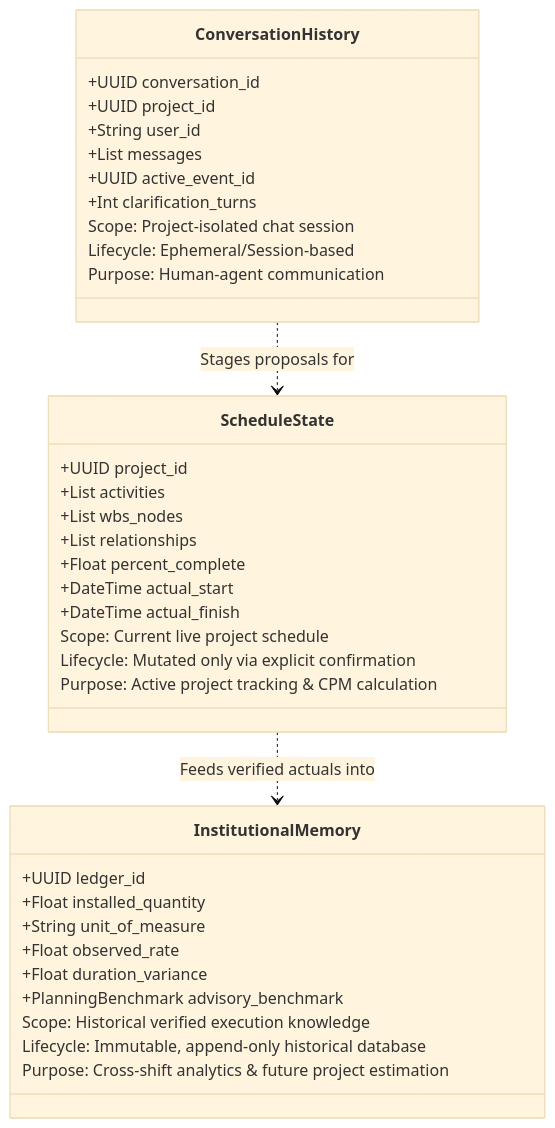
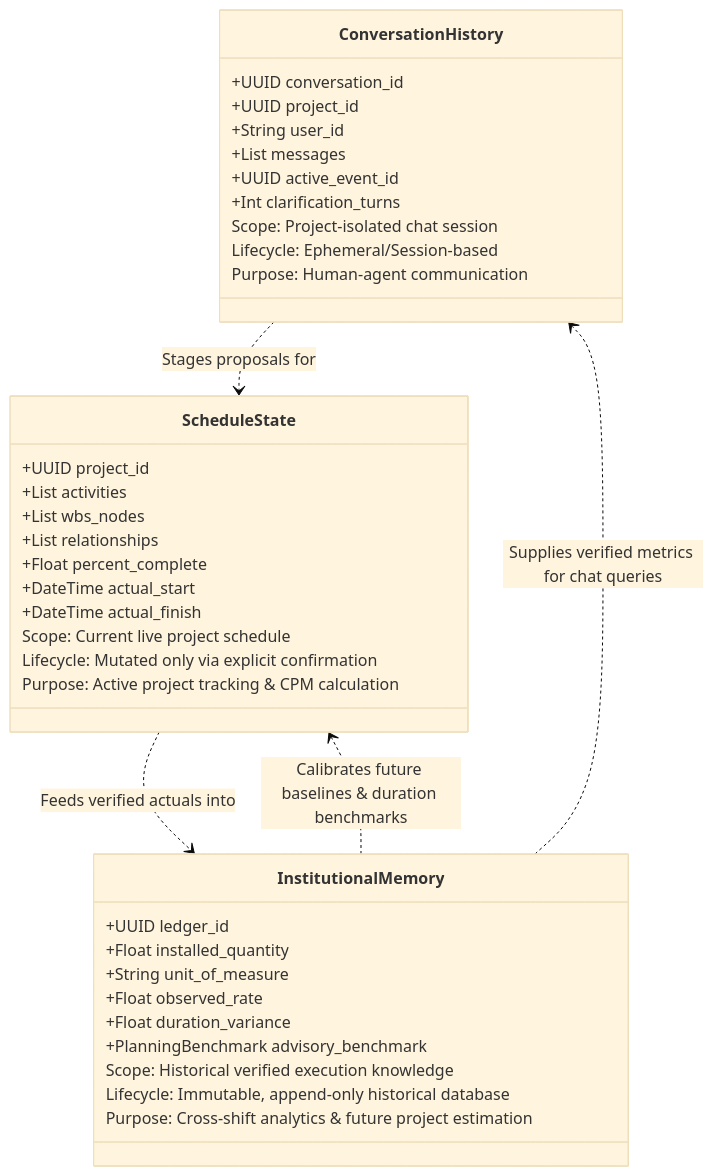
Before and after one commit to BatraKrishal/ScheduleManager: the fourth of 9 diagrams in README.md, drawn with Mermaid (base theme). The commit also changed other lines of this file, not shown here.

Commit message:
docs(readme): close the loop on Institutional Memory across all architecture diagrams

````diff
--- a/README.md
+++ b/README.md
@@ -261,42 +273,44 @@
 ```mermaid
 classDiagram
     class ConversationHistory {
         +UUID conversation_id
         +UUID project_id
         +String user_id
         +List messages
         +UUID active_event_id
         +Int clarification_turns
         Scope: Project-isolated chat session
         Lifecycle: Ephemeral/Session-based
         Purpose: Human-agent communication
     }
 
     class ScheduleState {
         +UUID project_id
         +List activities
         +List wbs_nodes
         +List relationships
         +Float percent_complete
         +DateTime actual_start
         +DateTime actual_finish
         Scope: Current live project schedule
         Lifecycle: Mutated only via explicit confirmation
         Purpose: Active project tracking & CPM calculation
     }
 
     class InstitutionalMemory {
         +UUID ledger_id
         +Float installed_quantity
         +String unit_of_measure
         +Float observed_rate
         +Float duration_variance
         +PlanningBenchmark advisory_benchmark
         Scope: Historical verified execution knowledge
         Lifecycle: Immutable, append-only historical database
         Purpose: Cross-shift analytics & future project estimation
     }
 
     ConversationHistory ..> ScheduleState : Stages proposals for
     ScheduleState ..> InstitutionalMemory : Feeds verified actuals into
+    InstitutionalMemory ..> ScheduleState : Calibrates future baselines & duration benchmarks
+    InstitutionalMemory ..> ConversationHistory : Supplies verified metrics for chat queries
 ```
````
